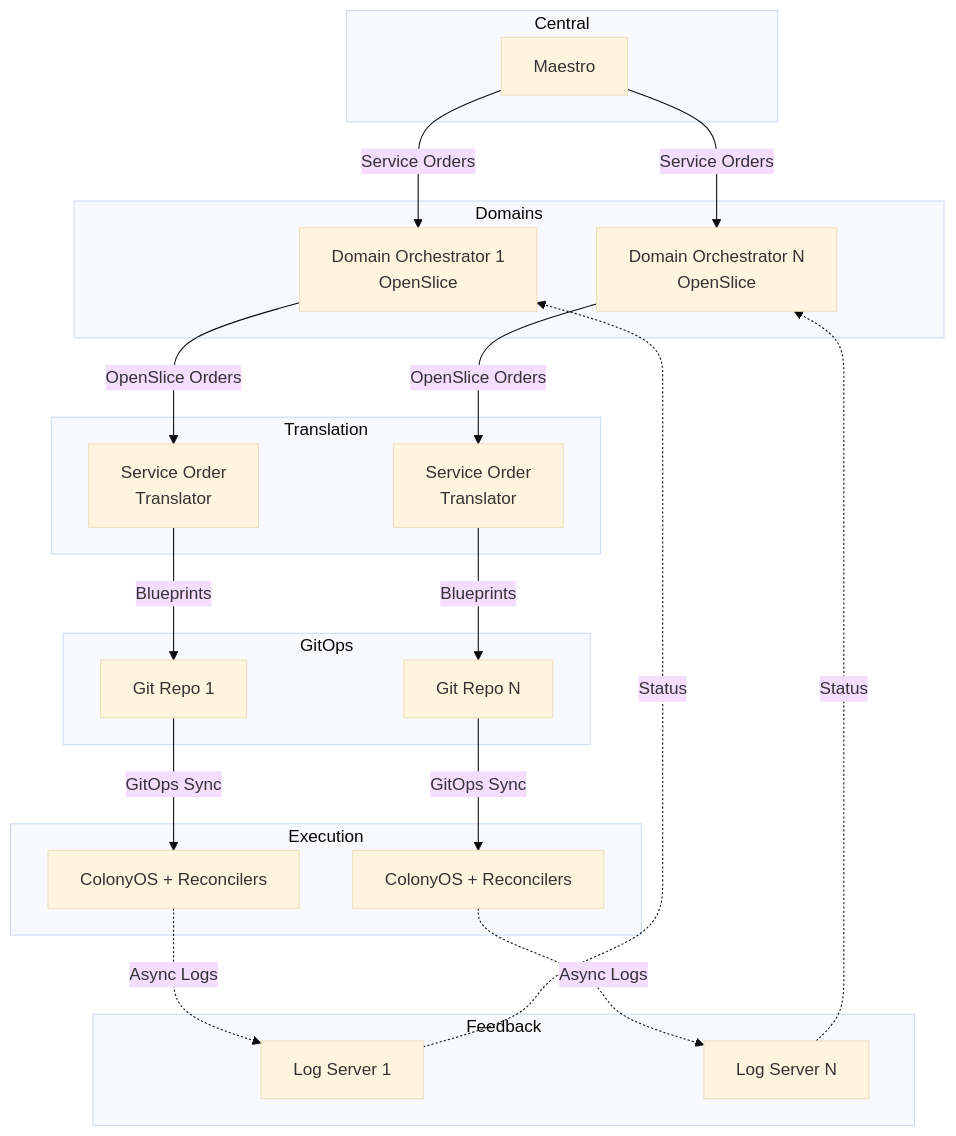
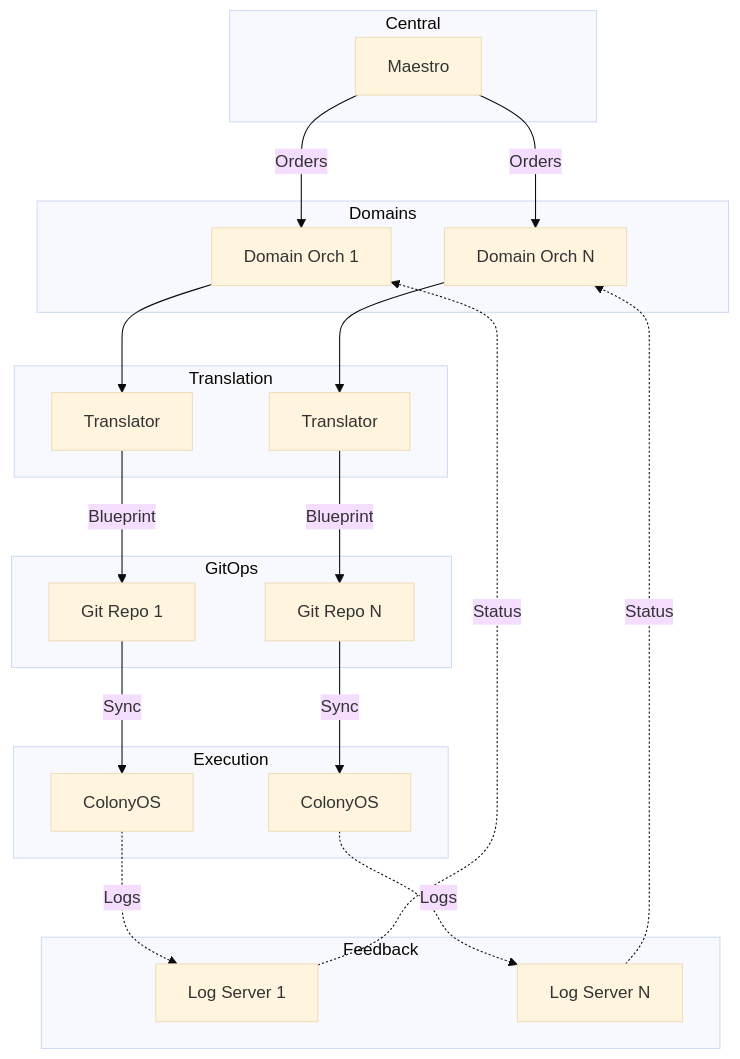
Before and after one commit to cop-pilot-eu/cluster-1-integration: the first of 5 diagrams in README.md, drawn with Mermaid (base theme). The commit also changed other lines of this file, not shown here.

````diff
--- a/README.md
+++ b/README.md
@@ -46,44 +46,44 @@
 ```mermaid
 graph TB
-    subgraph "Central"
+    subgraph Central
         M[Maestro]
     end
 
-    subgraph "Domains"
-        DO1[Domain Orchestrator 1<br/>OpenSlice]
-        DO2[Domain Orchestrator N<br/>OpenSlice]
+    subgraph Domains
+        DO1[Domain Orch 1]
+        DO2[Domain Orch N]
     end
 
-    subgraph "Translation"
-        T1[Service Order<br/>Translator]
-        T2[Service Order<br/>Translator]
+    subgraph Translation
+        T1[Translator]
+        T2[Translator]
     end
 
-    subgraph "GitOps"
+    subgraph GitOps
         G1[Git Repo 1]
         G2[Git Repo N]
     end
 
-    subgraph "Execution"
-        C1[ColonyOS + Reconcilers]
-        C2[ColonyOS + Reconcilers]
+    subgraph Execution
+        C1[ColonyOS]
+        C2[ColonyOS]
     end
 
-    subgraph "Feedback"
+    subgraph Feedback
         F1[Log Server 1]
         F2[Log Server N]
     end
 
-    M -->|Service Orders| DO1
-    M -->|Service Orders| DO2
-    DO1 -->|OpenSlice Orders| T1
-    DO2 -->|OpenSlice Orders| T2
-    T1 -->|Blueprints| G1
-    T2 -->|Blueprints| G2
-    G1 -->|GitOps Sync| C1
-    G2 -->|GitOps Sync| C2
-    C1 -.->|Async Logs| F1
-    C2 -.->|Async Logs| F2
+    M -->|Orders| DO1
+    M -->|Orders| DO2
+    DO1 --> T1
+    DO2 --> T2
+    T1 -->|Blueprint| G1
+    T2 -->|Blueprint| G2
+    G1 -->|Sync| C1
+    G2 -->|Sync| C2
+    C1 -.->|Logs| F1
+    C2 -.->|Logs| F2
     F1 -.->|Status| DO1
     F2 -.->|Status| DO2
 ```
````
